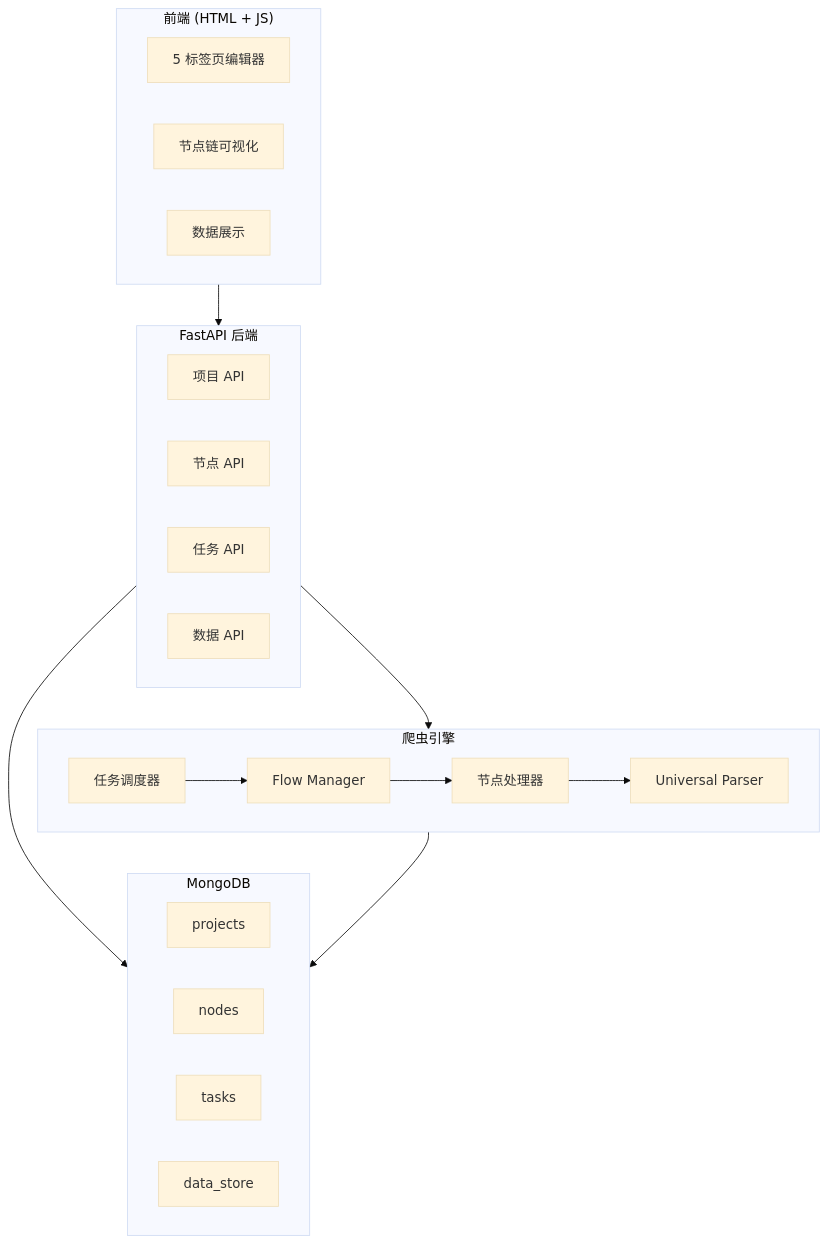
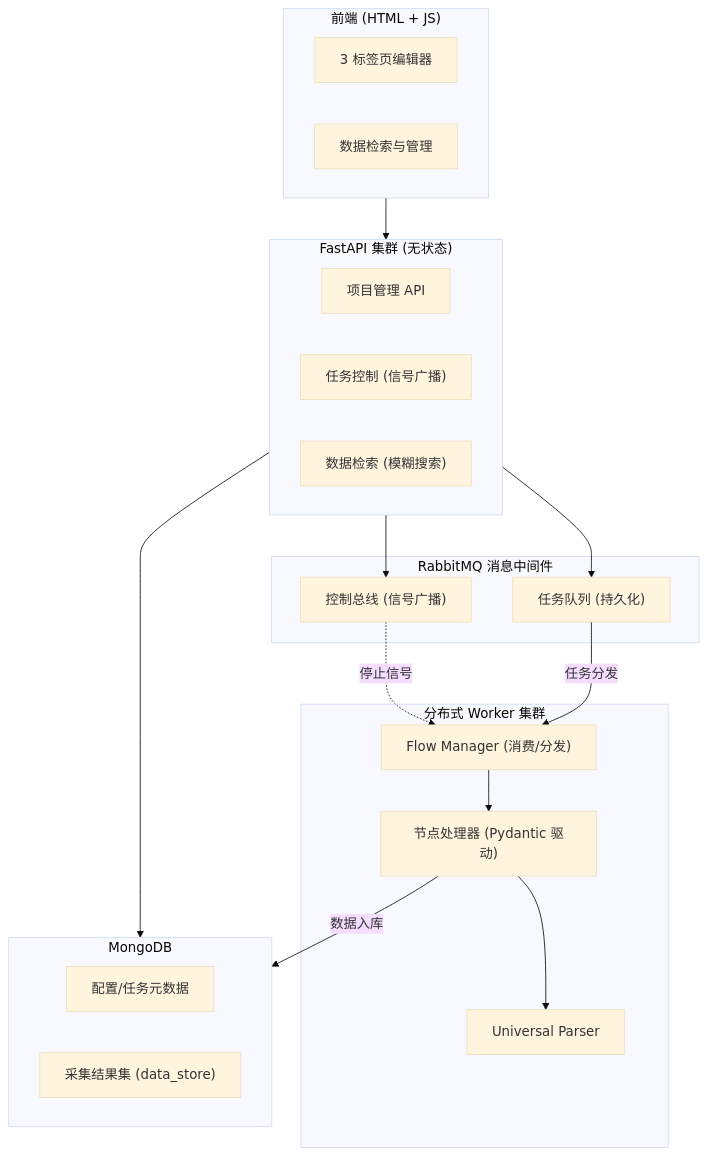
Before and after one commit to huangpd/RuleCrawl: the diagram in README.md, drawn with Mermaid (base theme). The commit also changed other lines of this file and 11 other files, not shown here.

````diff
--- a/README.md
+++ b/README.md
@@ -16,37 +16,39 @@
 ```mermaid
 graph TB
     subgraph Frontend["前端 (HTML + JS)"]
-        TabUI["5 标签页编辑器"]
-        FlowViz["节点链可视化"]
-        DataView["数据展示"]
+        TabUI["3 标签页编辑器"]
+        DataView["数据检索与管理"]
     end
 
-    subgraph API["FastAPI 后端"]
-        ProjectAPI["项目 API"]
-        NodeAPI["节点 API"]
-        TaskAPI["任务 API"]
-        DataAPI["数据 API"]
+    subgraph API["FastAPI 集群 (无状态)"]
+        ProjectAPI["项目管理 API"]
+        TaskAPI["任务控制 (信号广播)"]
+        DataAPI["数据检索 (模糊搜索)"]
     end
 
-    subgraph Engine["爬虫引擎"]
-        FlowMgr["Flow Manager"]
-        Scheduler["任务调度器"]
-        NodeRunner["节点处理器"]
+    subgraph Broker["RabbitMQ 消息中间件"]
+        TaskQueue["任务队列 (持久化)"]
+        ControlBus["控制总线 (信号广播)"]
+    end
+
+    subgraph Engine["分布式 Worker 集群"]
+        FlowMgr["Flow Manager (消费/分发)"]
+        NodeRunner["节点处理器 (Pydantic 驱动)"]
         Parser["Universal Parser"]
     end
 
     subgraph Storage["MongoDB"]
-        ProjectsCol["projects"]
-        NodesCol["nodes"]
-        TasksCol["tasks"]
-        DataCol["data_store"]
+        ConfigCol["配置/任务元数据"]
+        DataCol["采集结果集 (data_store)"]
     end
 
     Frontend --> API
-    API --> Engine
+    API --> ControlBus
+    API --> TaskQueue
     API --> Storage
-    Engine --> Storage
+    ControlBus -. 停止信号 .-> FlowMgr
+    TaskQueue -- 任务分发 --> FlowMgr
+    FlowMgr --> NodeRunner
     NodeRunner --> Parser
-    FlowMgr --> NodeRunner
-    Scheduler --> FlowMgr
+    NodeRunner -- 数据入库 --> Storage
 ```
````
